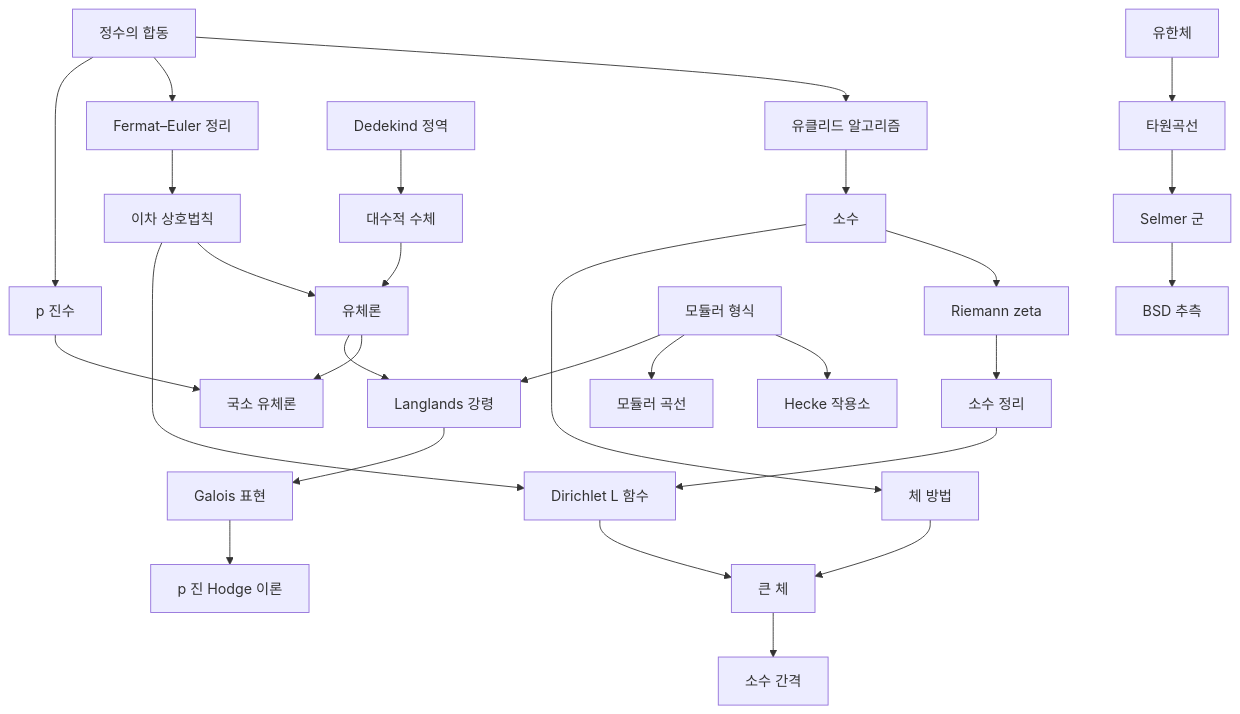
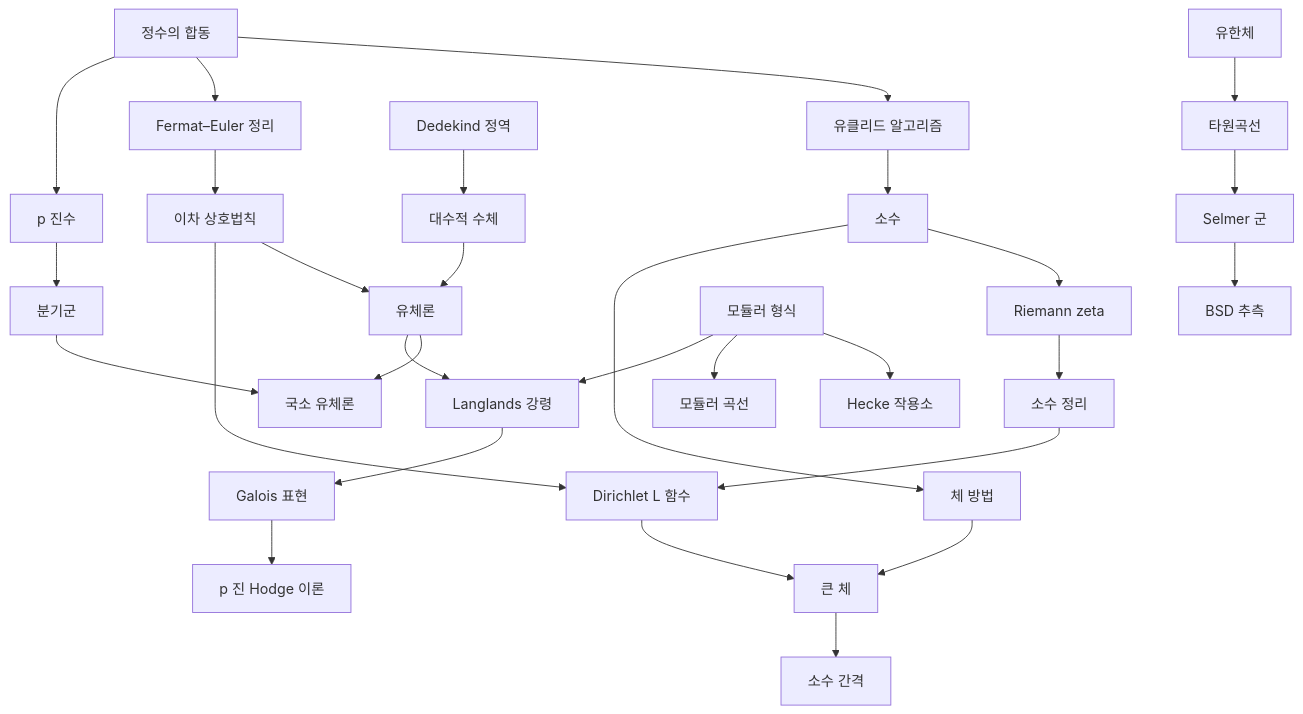
One commit to Phryxia/math-map changed the diagram in docs/number-theory-overview.md. Above: the diagram before and after it, drawn with Mermaid. The commit also changed 1 other file, not shown here.

Commit message:
route the two overview map arrows that were not edges through highest-weight-modules and ramification-groups (queue 10faad30)
Claude-Session: https://claude.ai/code/session_017nRpZTYLZNct4KuQ1sELf4

````diff
--- a/docs/number-theory-overview.md
+++ b/docs/number-theory-overview.md
@@ -13,18 +13,18 @@
 ```mermaid
 graph TD
   MA["정수의 합동"] --> EA["유클리드 알고리즘"] --> PR["소수"]
   MA --> FE["Fermat–Euler 정리"] --> QR["이차 상호법칙"]
-  MA --> PA["p 진수"] --> LCFT["국소 유체론"]
+  MA --> PA["p 진수"] --> RG["분기군"] --> LCFT["국소 유체론"]
   PR --> RZ["Riemann zeta"] --> PNT["소수 정리"] --> DL["Dirichlet L 함수"]
   PR --> SV["체 방법"] --> LSV["큰 체"] --> PG["소수 간격"]
   DL --> LSV
   DD["Dedekind 정역"] --> ANF["대수적 수체"] --> CFT["유체론"]
   QR --> CFT --> LCFT
   QR --> DL
   FF["유한체"] --> EC["타원곡선"] --> SEL["Selmer 군"] --> BSD["BSD 추측"]
   MF["모듈러 형식"] --> HK["Hecke 작용소"]
   MF --> MC["모듈러 곡선"]
   CFT --> LP["Langlands 강령"]
   MF --> LP
   LP --> GR["Galois 표현"] --> PH["p 진 Hodge 이론"]
 ```
````
